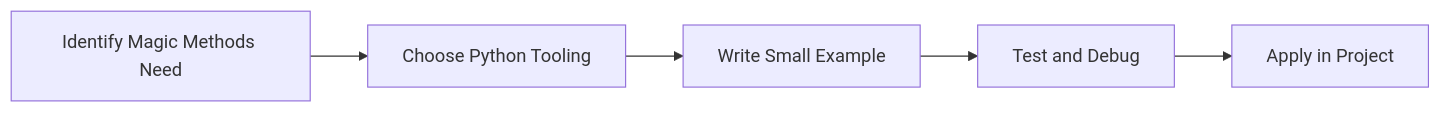
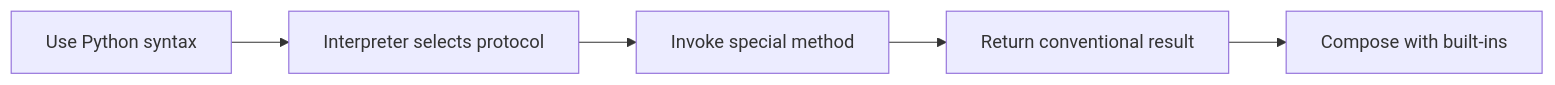
The diagram in Python-Mastery/Intermediate/09-magic-methods.md (SYMOIZ/E-Learning-Portal), drawn with Mermaid before and after one commit. The commit also changed other lines of this file and 116 other files, not shown here.

````diff
--- a/Python-Mastery/Intermediate/09-magic-methods.md
+++ b/Python-Mastery/Intermediate/09-magic-methods.md
@@ -150,7 +172,7 @@
 ```mermaid
 flowchart LR
-    A[Identify Magic Methods Need] --> B[Choose Python Tooling]
-    B --> C[Write Small Example]
-    C --> D[Test and Debug]
-    D --> E[Apply in Project]
+    A[Use Python syntax] --> B[Interpreter selects protocol]
+    B --> C[Invoke special method]
+    C --> D[Return conventional result]
+    D --> E[Compose with built-ins]
 ```
````
